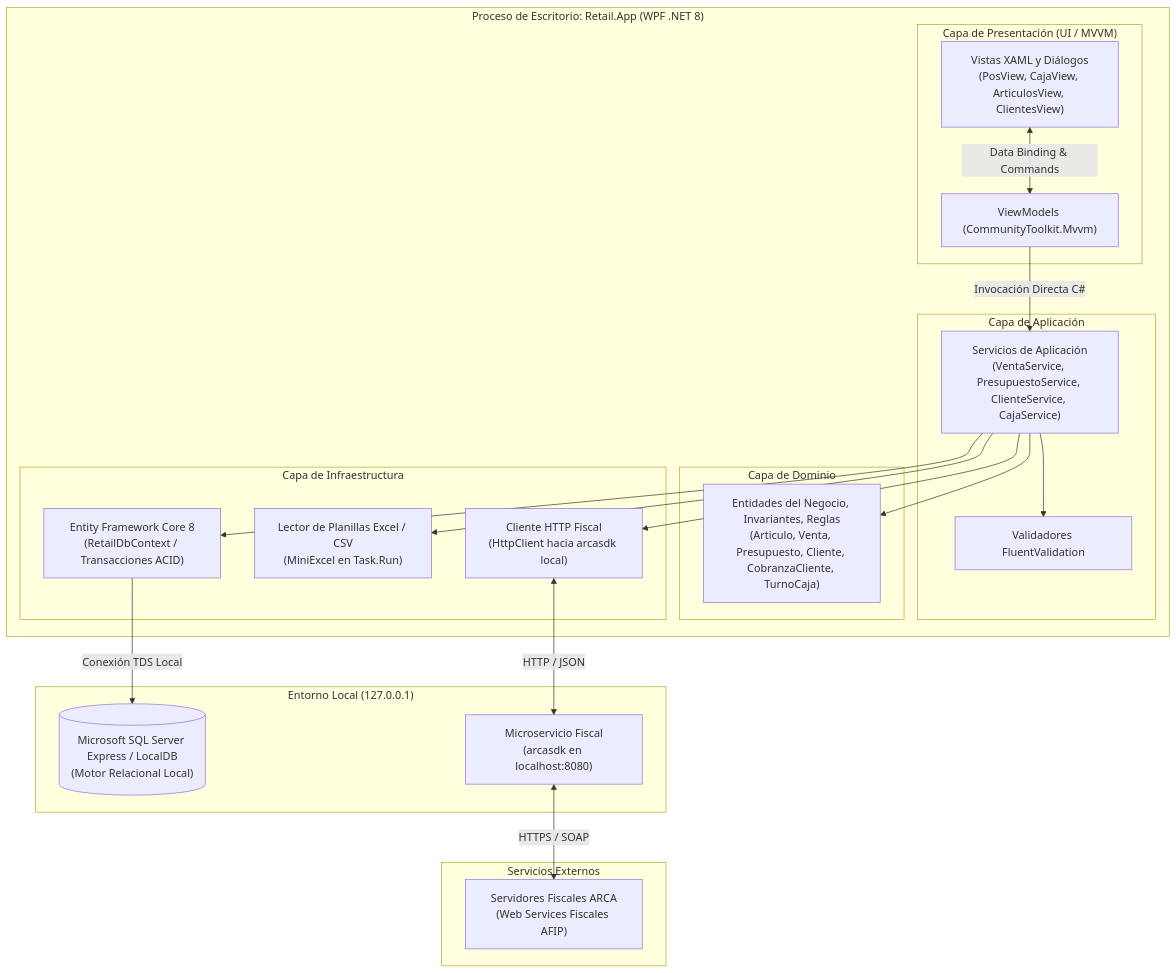
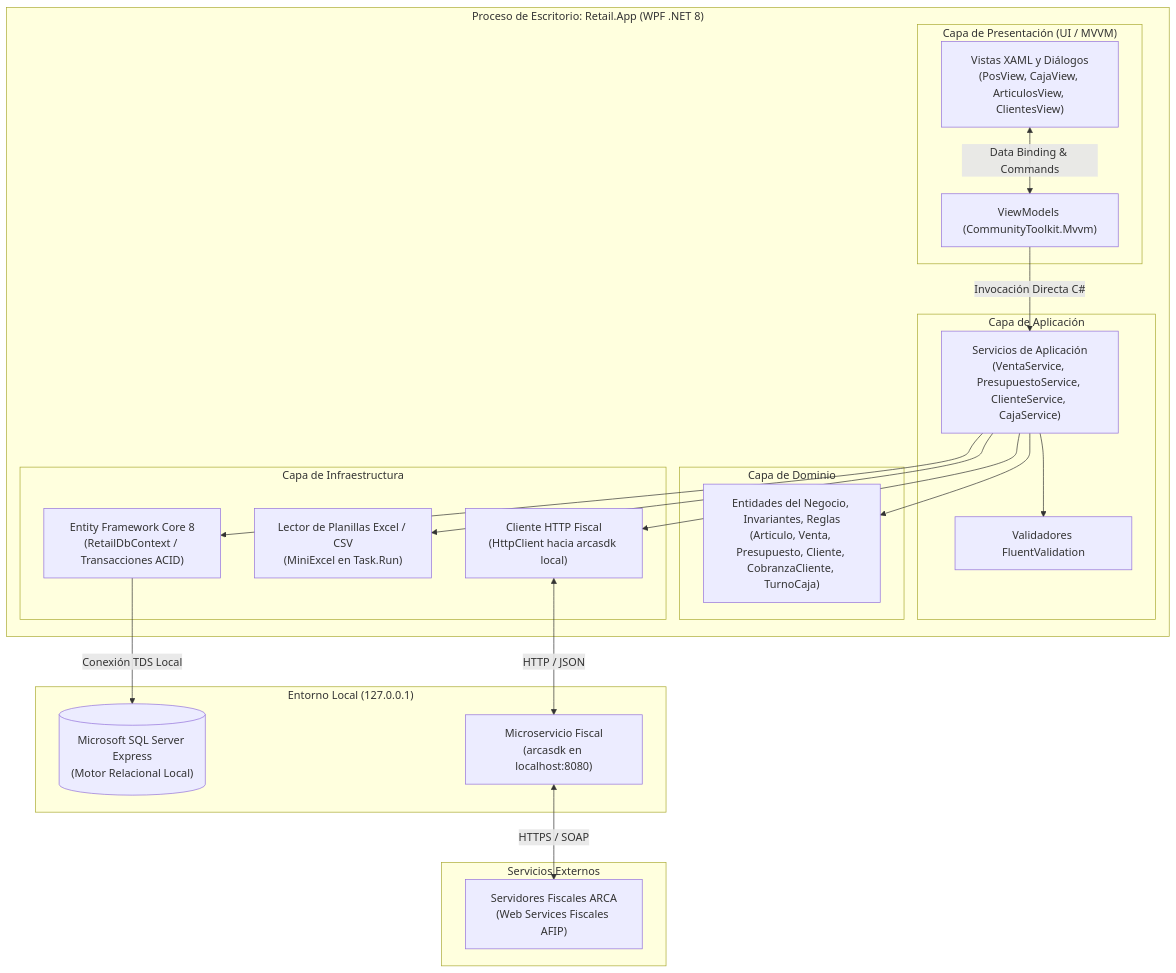
Before and after one commit to lucaskruzolek/retail: the diagram in docs/ERS - Libreria POS.md, drawn with Mermaid. The commit also changed other lines of this file and 26 other files, not shown here.

````diff
--- a/docs/ERS - Libreria POS.md
+++ b/docs/ERS - Libreria POS.md
@@ -78,44 +78,44 @@
 ```mermaid
 graph TD
     subgraph "Proceso de Escritorio: Retail.App (WPF .NET 8)"
         subgraph "Capa de Presentación (UI / MVVM)"
             V["Vistas XAML y Diálogos\n(PosView, CajaView, ArticulosView, ClientesView)"]
             VM["ViewModels (CommunityToolkit.Mvvm)"]
             V <-->|"Data Binding & Commands"| VM
         end
 
         subgraph "Capa de Aplicación"
             SVC["Servicios de Aplicación\n(VentaService, PresupuestoService, ClienteService, CajaService)"]
             VAL["Validadores FluentValidation"]
             VM -->|"Invocación Directa C#"| SVC
             SVC --> VAL
         end
 
         subgraph "Capa de Dominio"
             DOM["Entidades del Negocio, Invariantes, Reglas\n(Articulo, Venta, Presupuesto, Cliente, CobranzaCliente, TurnoCaja)"]
             SVC --> DOM
         end
 
         subgraph "Capa de Infraestructura"
             EF["Entity Framework Core 8\n(RetailDbContext / Transacciones ACID)"]
             EXC["Lector de Planillas Excel / CSV\n(MiniExcel en Task.Run)"]
             ARC["Cliente HTTP Fiscal\n(HttpClient hacia arcasdk local)"]
             SVC --> EF
             SVC --> EXC
             SVC --> ARC
         end
     end
 
     subgraph "Entorno Local (127.0.0.1)"
-        DB[("Microsoft SQL Server Express / LocalDB\n(Motor Relacional Local)")]
+        DB[("Microsoft SQL Server Express\n(Motor Relacional Local)")]
         SDK["Microservicio Fiscal\n(arcasdk en localhost:8080)"]
     end
 
     subgraph "Servicios Externos"
         ARCA_SRV["Servidores Fiscales ARCA\n(Web Services Fiscales AFIP)"]
     end
 
     EF -->|"Conexión TDS Local"| DB
     ARC <-->|"HTTP / JSON"| SDK
     SDK <-->|"HTTPS / SOAP"| ARCA_SRV
 ```
````
